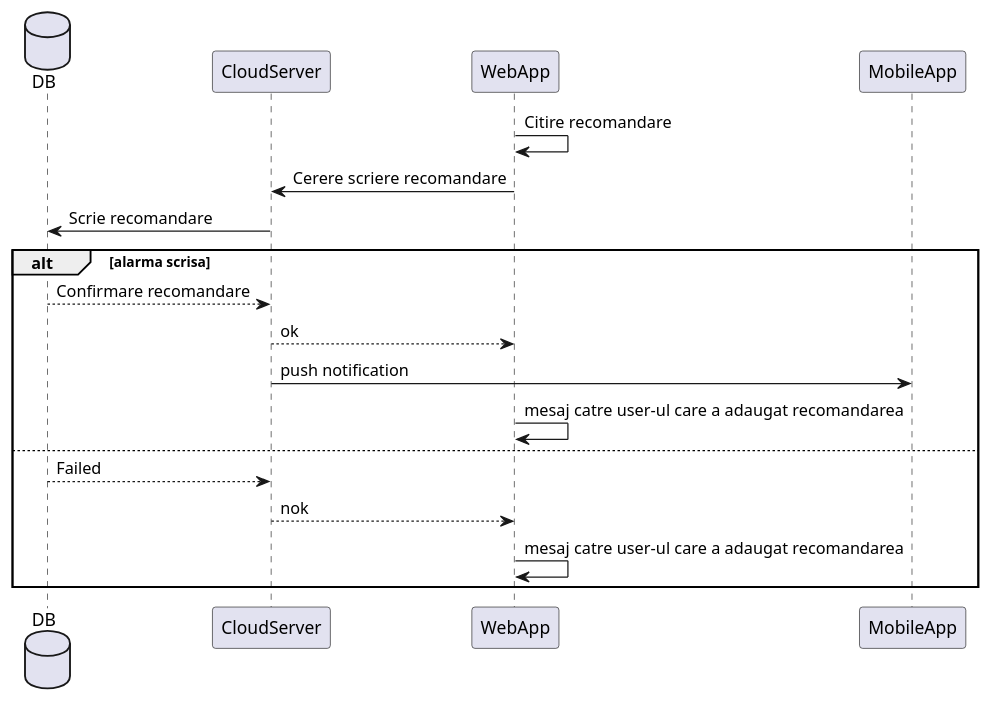
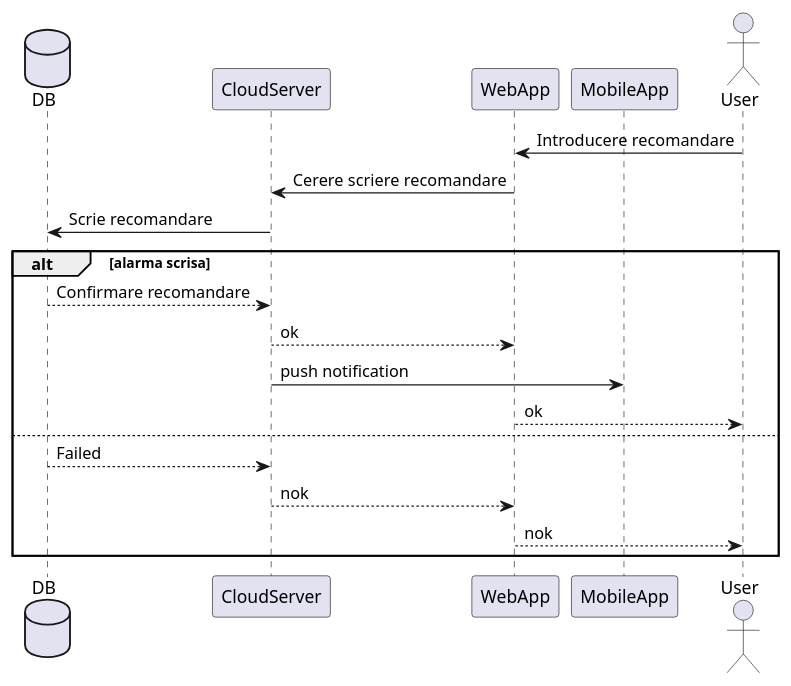
Before and after one commit to BVasi/ProiectIP: the diagram in Sequence_DG/WebApp/creare_recomandari.plantuml, drawn with PlantUML. The commit also changed 10 other files, not shown here.

```diff
--- a/Sequence_DG/WebApp/creare_recomandari.plantuml
+++ b/Sequence_DG/WebApp/creare_recomandari.plantuml
@@ -1,23 +1,24 @@
 @startuml creare_recomandare
 
 database DB
 participant CloudServer
 participant WebApp
 participant MobileApp
+Actor User
 
-WebApp -> WebApp: Citire recomandare
+User -> WebApp: Introducere recomandare
 WebApp -> CloudServer: Cerere scriere recomandare
 CloudServer -> DB: Scrie recomandare
 
 alt alarma scrisa
     DB --> CloudServer: Confirmare recomandare
     CloudServer --> WebApp: ok
     CloudServer -> MobileApp: push notification
-    WebApp -> WebApp: mesaj catre user-ul care a adaugat recomandarea
+    WebApp --> User: ok
 else
     DB --> CloudServer: Failed
     CloudServer --> WebApp: nok
-    WebApp -> WebApp: mesaj catre user-ul care a adaugat recomandarea
+    WebApp --> User: nok
 end
 
 @enduml
```
